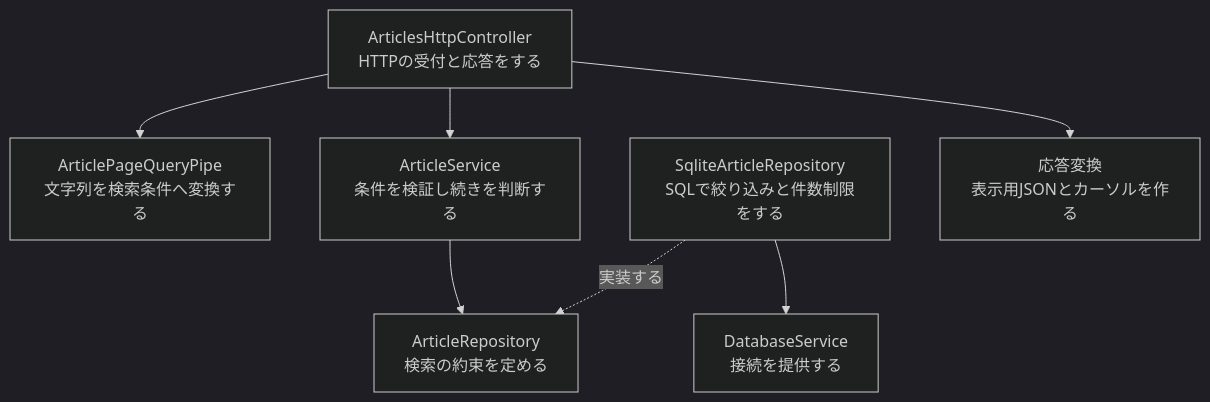
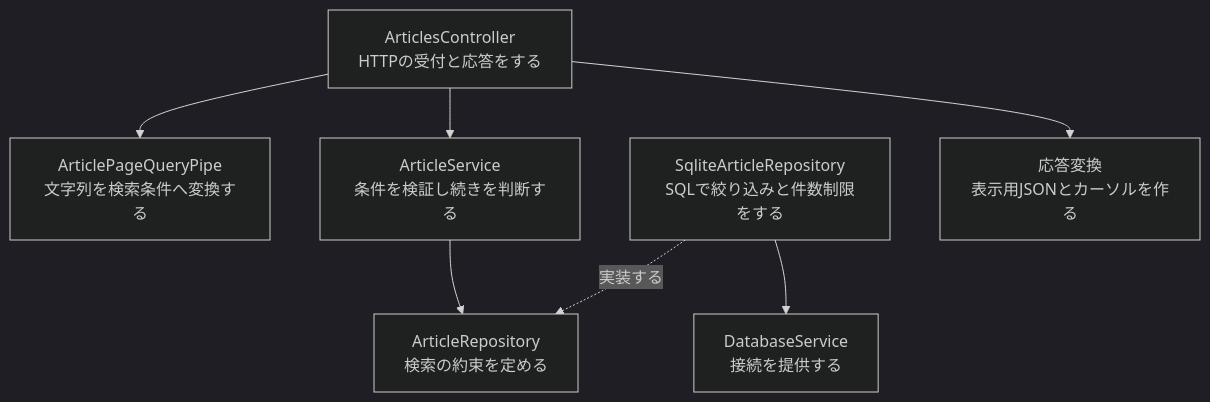
The first of 2 diagrams in docs/article-list-api.md (BeppuKanato/it-discovery), drawn with Mermaid (dark theme) before and after one commit. The commit also changed other lines of this file and 4 other files, not shown here.

````diff
--- a/docs/article-list-api.md
+++ b/docs/article-list-api.md
@@ -76,16 +76,16 @@
 ```mermaid
 flowchart TB
-    C[ArticlesHttpController<br/>HTTPの受付と応答をする]
+    C[ArticlesController<br/>HTTPの受付と応答をする]
     P[ArticlePageQueryPipe<br/>文字列を検索条件へ変換する]
     S[ArticleService<br/>条件を検証し続きを判断する]
     R[ArticleRepository<br/>検索の約束を定める]
     Q[SqliteArticleRepository<br/>SQLで絞り込みと件数制限をする]
     M[応答変換<br/>表示用JSONとカーソルを作る]
     D[DatabaseService<br/>接続を提供する]
     C --> P
     C --> S
     C --> M
     S --> R
     Q -.->|実装する| R
     Q --> D
 ```
````
